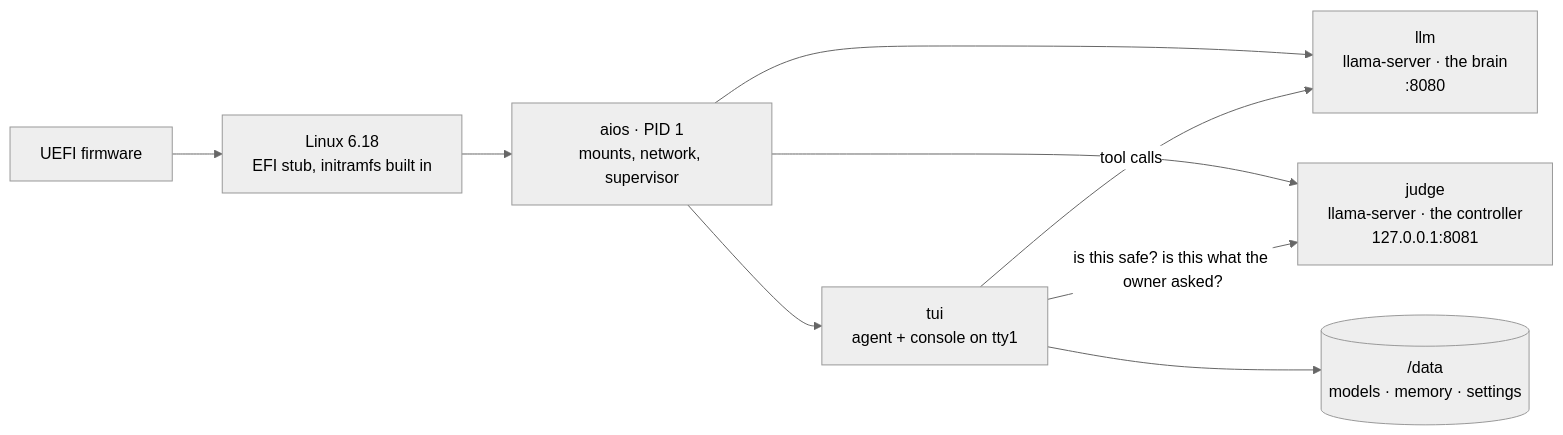
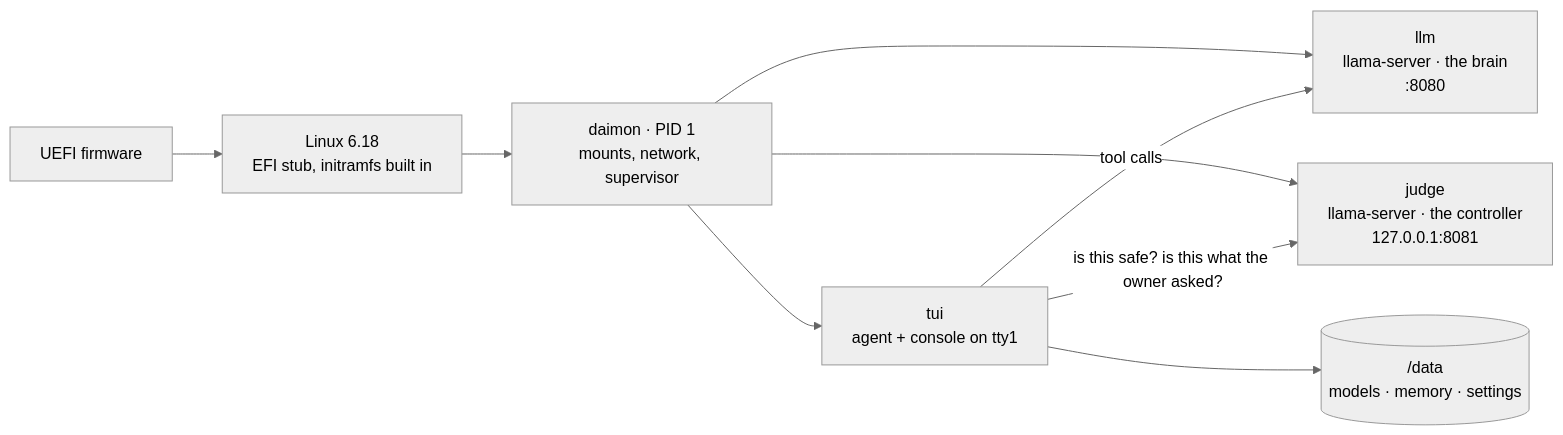
The diagram in README.md (b-iurea/daimon), drawn with Mermaid (neutral theme) before and after one commit. The commit also changed other lines of this file and 23 other files, not shown here.

First line of the commit message:
Daimon 0.2.1: one name, aios becomes daimon inside too

````diff
--- a/README.md
+++ b/README.md
@@ -36,11 +36,11 @@
 ```mermaid
 flowchart LR
     FW[UEFI firmware] --> K[Linux 6.18<br/>EFI stub, initramfs built in]
-    K --> I[aios · PID 1<br/>mounts, network, supervisor]
+    K --> I[daimon · PID 1<br/>mounts, network, supervisor]
     I --> LLM[llm<br/>llama-server · the brain<br/>:8080]
     I --> J[judge<br/>llama-server · the controller<br/>127.0.0.1:8081]
     I --> T[tui<br/>agent + console on tty1]
     T -- tool calls --> LLM
     T -- "is this safe? is this what the owner asked?" --> J
     T --> D[(/data<br/>models · memory · settings)]
 ```
````
